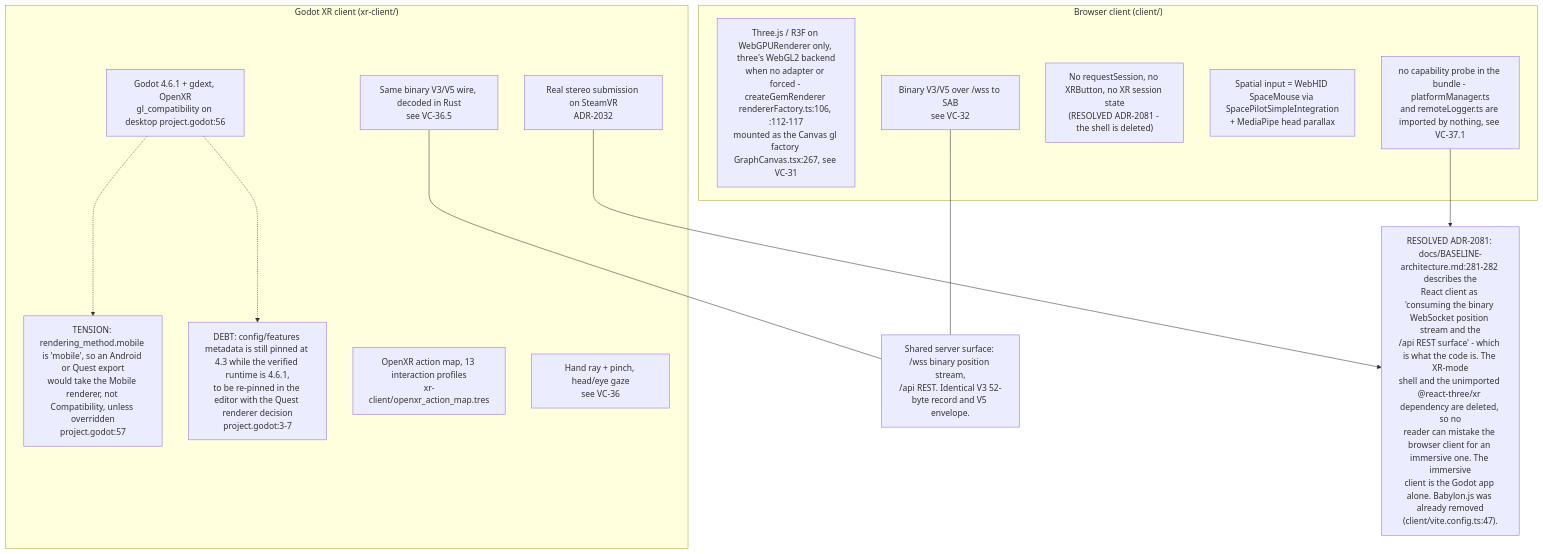
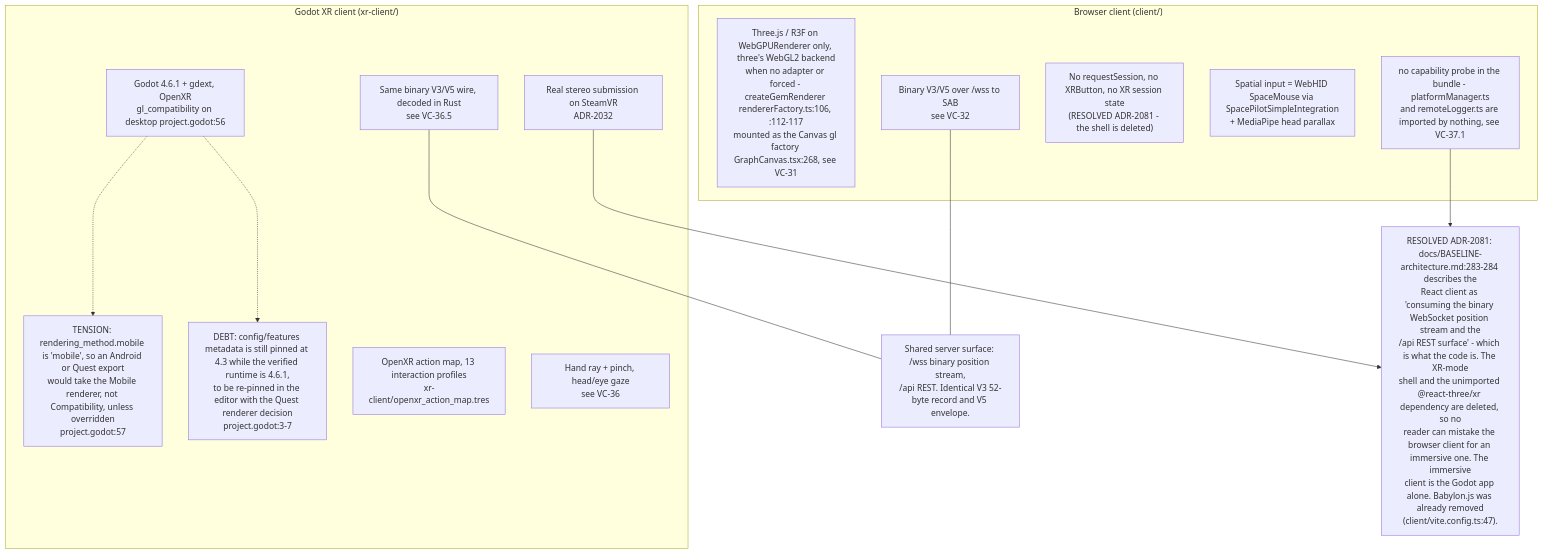
One commit to DreamLab-AI/VisionFlow changed the eighth of 11 diagrams in docs/diagrams/visionclaw/37-browser-xr-and-desktop-input.md. Above: the diagram before and after it, drawn with Mermaid. The commit also changed other lines of this file and 154 other files, not shown here.

First line of the commit message:
docs(diagrams): re-stamp 154 topics whose every citation still reads the same text at the current heads

````diff
--- a/docs/diagrams/visionclaw/37-browser-xr-and-desktop-input.md
+++ b/docs/diagrams/visionclaw/37-browser-xr-and-desktop-input.md
@@ -384,26 +384,26 @@
 ```mermaid
 flowchart TB
     subgraph br["Browser client (client/)"]
-        B1["Three.js / R3F on WebGPURenderer only, three's WebGL2 backend<br/>when no adapter or forced - createGemRenderer rendererFactory.ts:106, :112-117<br/>mounted as the Canvas gl factory GraphCanvas.tsx:267, see VC-31"]
+        B1["Three.js / R3F on WebGPURenderer only, three's WebGL2 backend<br/>when no adapter or forced - createGemRenderer rendererFactory.ts:106, :112-117<br/>mounted as the Canvas gl factory GraphCanvas.tsx:268, see VC-31"]
         B2["no capability probe in the bundle - platformManager.ts<br/>and remoteLogger.ts are imported by nothing, see VC-37.1"]
         B3["No requestSession, no XRButton, no XR session state<br/>(RESOLVED ADR-2081 - the shell is deleted)"]
         B4["Spatial input = WebHID SpaceMouse via SpacePilotSimpleIntegration<br/>+ MediaPipe head parallax"]
         B5["Binary V3/V5 over /wss to SAB<br/>see VC-32"]
     end
     subgraph gd["Godot XR client (xr-client/)"]
         G1["Godot 4.6.1 + gdext, OpenXR<br/>gl_compatibility on desktop project.godot:56"]
         G1M["TENSION: rendering_method.mobile is 'mobile', so an Android or Quest export<br/>would take the Mobile renderer, not Compatibility, unless overridden<br/>project.godot:57"]
         G1D["DEBT: config/features metadata is still pinned at 4.3 while the verified runtime is 4.6.1,<br/>to be re-pinned in the editor with the Quest renderer decision<br/>project.godot:3-7"]
         G1 -.-> G1D
         G1 -.-> G1M
         G2["Real stereo submission on SteamVR<br/>ADR-2032"]
         G3["OpenXR action map, 13 interaction profiles<br/>xr-client/openxr_action_map.tres"]
         G4["Hand ray + pinch, head/eye gaze<br/>see VC-36"]
         G5["Same binary V3/V5 wire, decoded in Rust<br/>see VC-36.5"]
     end
     B5 --- SHARED["Shared server surface: /wss binary position stream,<br/>/api REST. Identical V3 52-byte record and V5 envelope."]
     G5 --- SHARED
     B2 --> DIV
     G2 --> DIV
-    DIV["RESOLVED ADR-2081: docs/BASELINE-architecture.md:281-282 describes the<br/>React client as 'consuming the binary WebSocket position stream and the<br/>/api REST surface' - which is what the code is. The XR-mode<br/>shell and the unimported @react-three/xr dependency are deleted, so no<br/>reader can mistake the browser client for an immersive one. The immersive<br/>client is the Godot app alone. Babylon.js was already removed<br/>(client/vite.config.ts:47)."]
+    DIV["RESOLVED ADR-2081: docs/BASELINE-architecture.md:283-284 describes the<br/>React client as 'consuming the binary WebSocket position stream and the<br/>/api REST surface' - which is what the code is. The XR-mode<br/>shell and the unimported @react-three/xr dependency are deleted, so no<br/>reader can mistake the browser client for an immersive one. The immersive<br/>client is the Godot app alone. Babylon.js was already removed<br/>(client/vite.config.ts:47)."]
 ```
````
